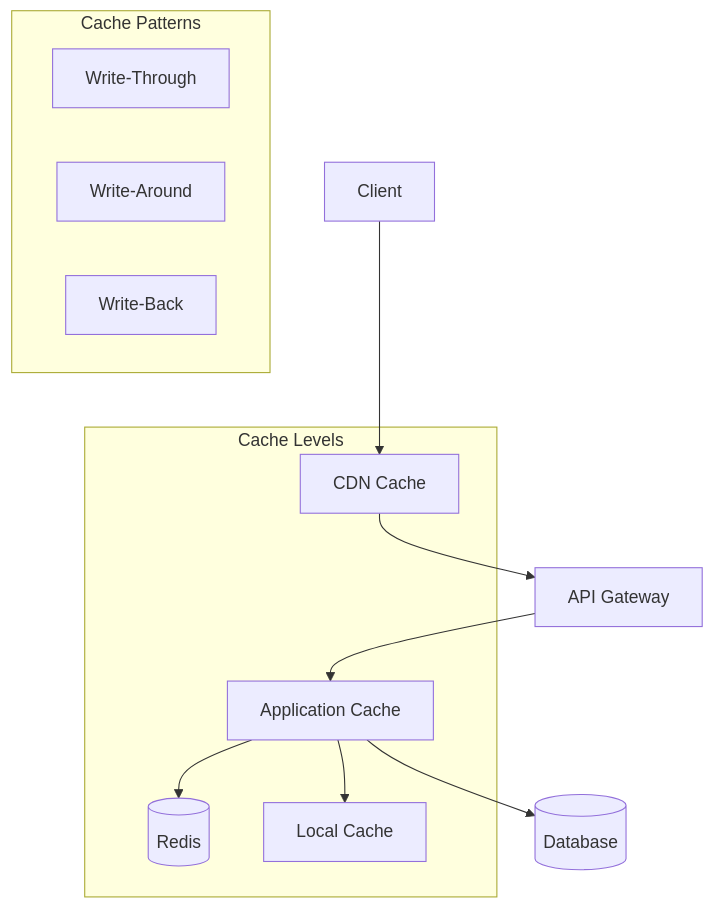
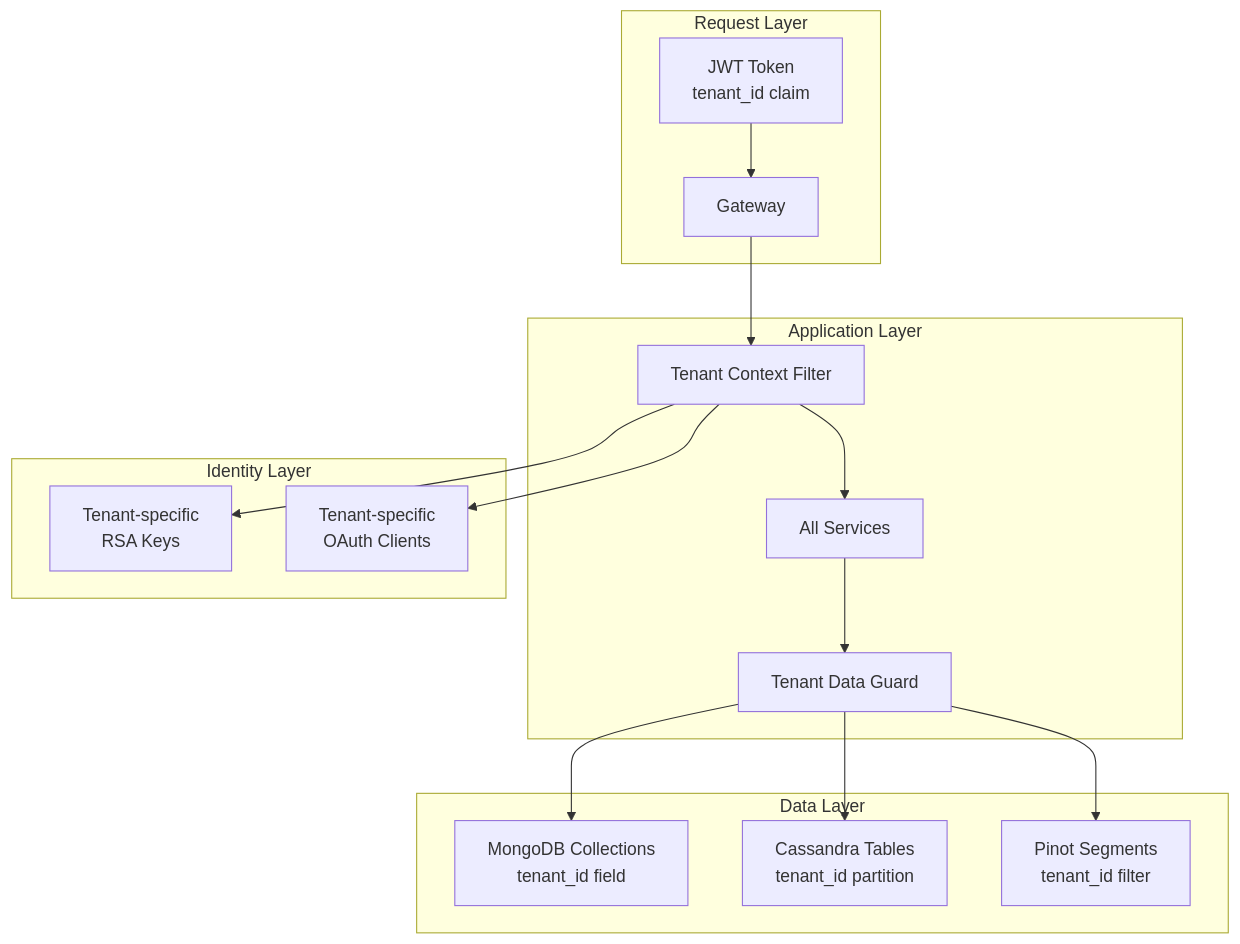
One commit to Praesto-Pro/openframe-oss-tenant changed the fifth of 9 diagrams in docs/development/architecture/README.md. Above: the diagram before and after it, drawn with Mermaid. The commit also changed other lines of this file and 344 other files, not shown here.

````diff
--- a/docs/development/architecture/README.md
+++ b/docs/development/architecture/README.md
@@ -430,19 +217,23 @@
 ```mermaid
 flowchart TD
-    Client --> CDN[CDN Cache]
-    CDN --> Gateway[API Gateway]
-    Gateway --> AppCache[Application Cache]
-    AppCache --> Database[(Database)]
-    
-    subgraph "Cache Levels"
-        CDN
-        AppCache --> Redis[(Redis)]
-        AppCache --> LocalCache[Local Cache]
+    subgraph "Request Layer"
+        JWT[JWT Token<br/>tenant_id claim] --> Gateway
     end
     
-    subgraph "Cache Patterns"
-        WriteThrough[Write-Through]
-        WriteAround[Write-Around]
-        WriteBack[Write-Back]
+    subgraph "Application Layer"
+        Gateway --> Filter[Tenant Context Filter]
+        Filter --> Services[All Services]
+        Services --> TenantGuard[Tenant Data Guard]
+    end
+    
+    subgraph "Data Layer"
+        TenantGuard --> MongoDB[MongoDB Collections<br/>tenant_id field]
+        TenantGuard --> Cassandra[Cassandra Tables<br/>tenant_id partition]
+        TenantGuard --> Pinot[Pinot Segments<br/>tenant_id filter]
+    end
+    
+    subgraph "Identity Layer"
+        Filter --> TenantKeys[Tenant-specific<br/>RSA Keys]
+        Filter --> OAuthClients[Tenant-specific<br/>OAuth Clients]
     end
 ```
````
